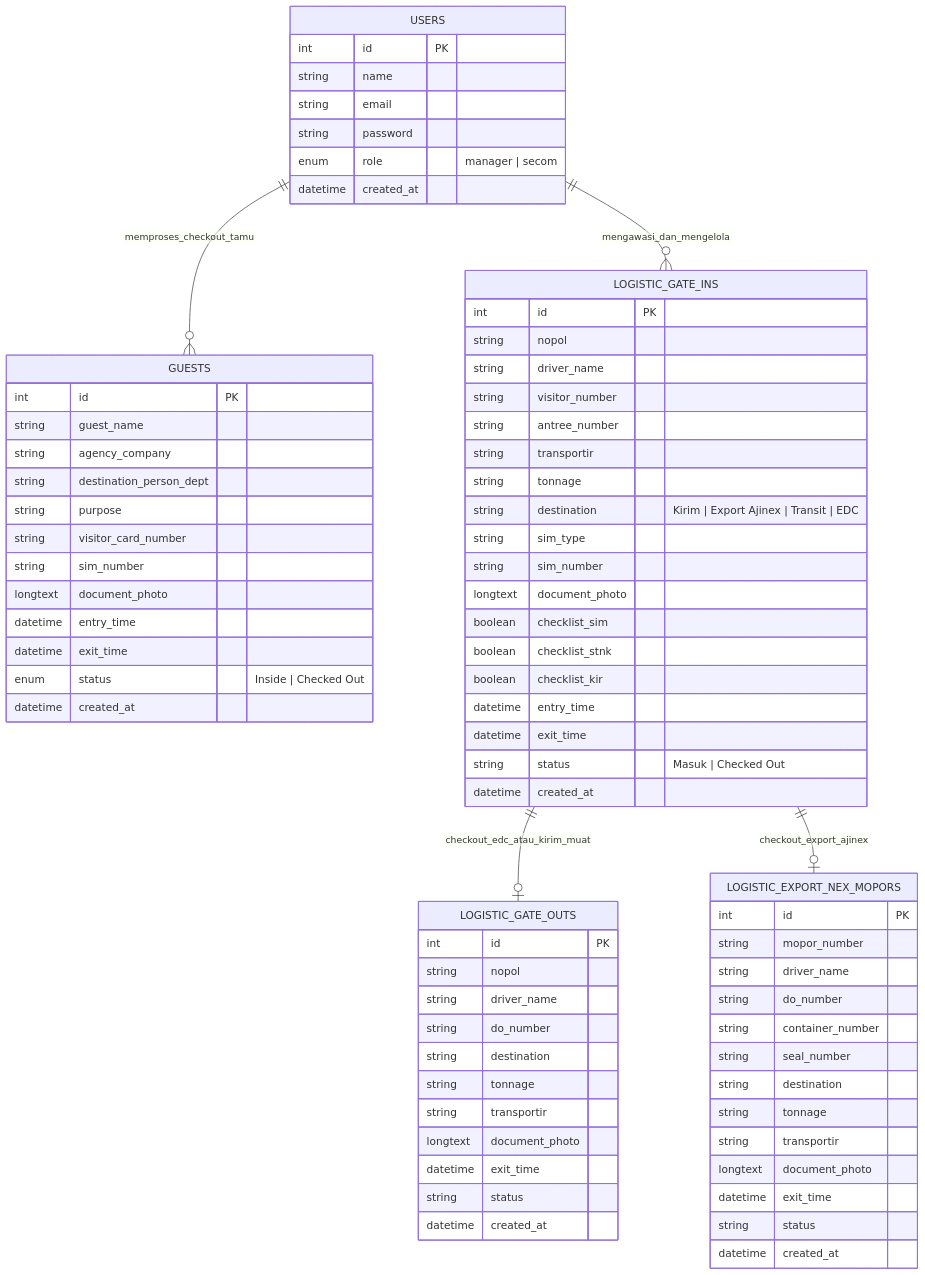
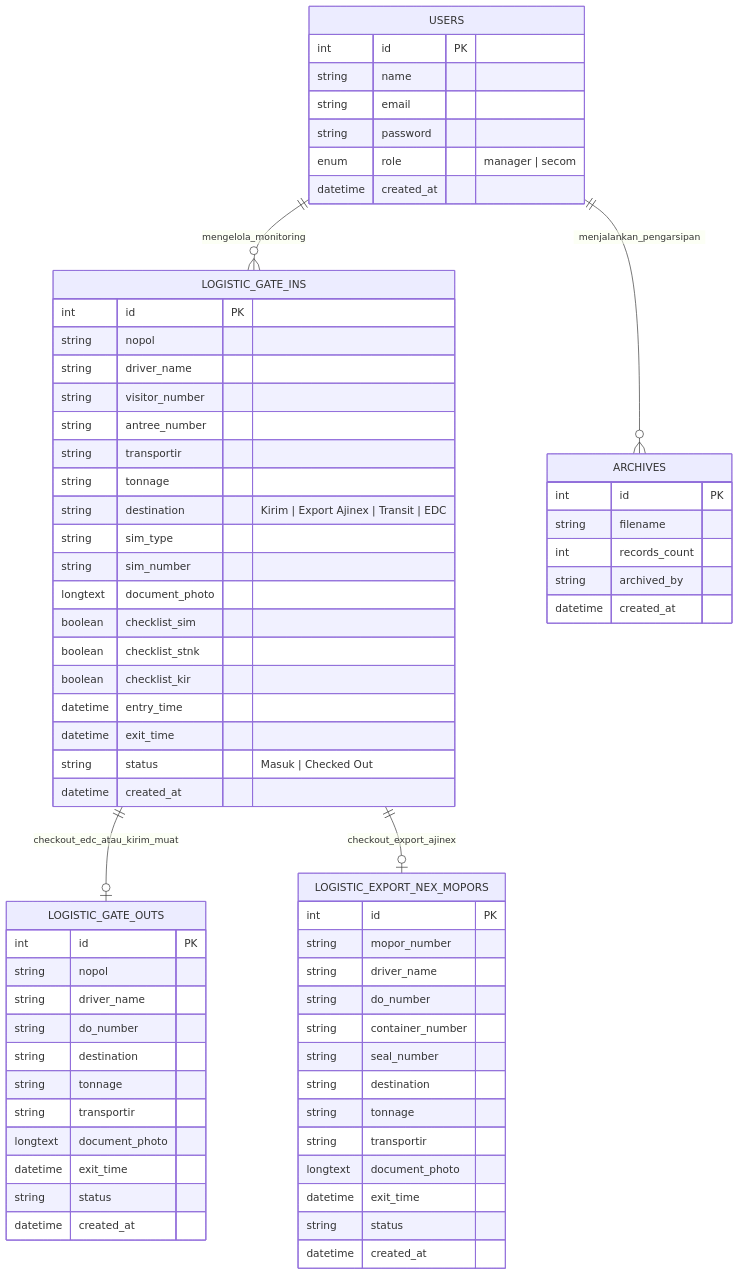
The first of 2 diagrams in ERD.md (darulgusti/Management-GA), drawn with Mermaid before and after one commit. The commit also changed other lines of this file and 1 other file, not shown here.

Commit message:
fix: perbaiki pengarsipan manual - tidak lagi hapus semua data aktif, hanya hapus yang status Checked Out / returned

````diff
--- a/ERD.md
+++ b/ERD.md
@@ -11,82 +11,75 @@
 ```mermaid
 erDiagram
     USERS {
         int id PK
         string name
         string email
         string password
         enum role "manager | secom"
-        datetime created_at
-    }
-
-    GUESTS {
-        int id PK
-        string guest_name
-        string agency_company
-        string destination_person_dept
-        string purpose
-        string visitor_card_number
-        string sim_number
-        longtext document_photo
-        datetime entry_time
-        datetime exit_time
-        enum status "Inside | Checked Out"
         datetime created_at
     }
 
     LOGISTIC_GATE_INS {
         int id PK
         string nopol
         string driver_name
         string visitor_number
         string antree_number
         string transportir
         string tonnage
         string destination "Kirim | Export Ajinex | Transit | EDC"
         string sim_type
         string sim_number
         longtext document_photo
         boolean checklist_sim
         boolean checklist_stnk
         boolean checklist_kir
         datetime entry_time
         datetime exit_time
         string status "Masuk | Checked Out"
         datetime created_at
     }
 
     LOGISTIC_GATE_OUTS {
         int id PK
         string nopol
         string driver_name
         string do_number
         string destination
         string tonnage
         string transportir
         longtext document_photo
         datetime exit_time
         string status
         datetime created_at
     }
 
     LOGISTIC_EXPORT_NEX_MOPORS {
         int id PK
         string mopor_number
         string driver_name
         string do_number
         string container_number
         string seal_number
         string destination
         string tonnage
         string transportir
         longtext document_photo
         datetime exit_time
         string status
         datetime created_at
     }
 
-    USERS ||--o{ LOGISTIC_GATE_INS : "mengawasi_dan_mengelola"
-    USERS ||--o{ GUESTS : "memproses_checkout_tamu"
+    ARCHIVES {
+        int id PK
+        string filename
+        int records_count
+        string archived_by
+        datetime created_at
+    }
+
+    USERS ||--o{ LOGISTIC_GATE_INS : "mengelola_monitoring"
+    USERS ||--o{ ARCHIVES : "menjalankan_pengarsipan"
     LOGISTIC_GATE_INS ||--o| LOGISTIC_GATE_OUTS : "checkout_edc_atau_kirim_muat"
     LOGISTIC_GATE_INS ||--o| LOGISTIC_EXPORT_NEX_MOPORS : "checkout_export_ajinex"
 ```
````
